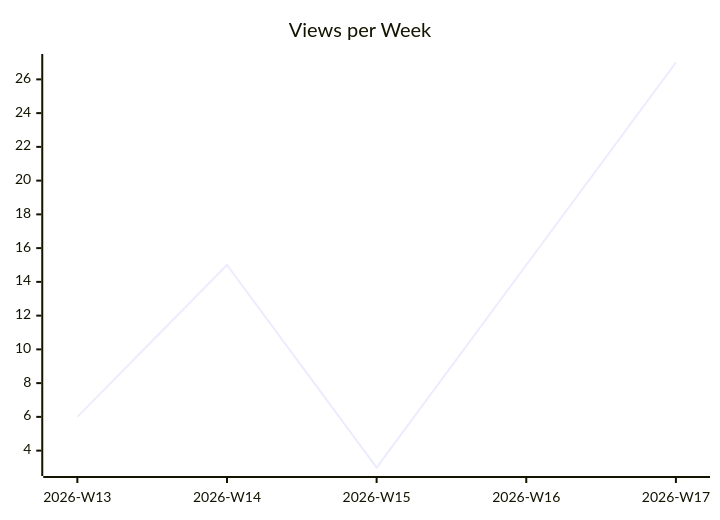
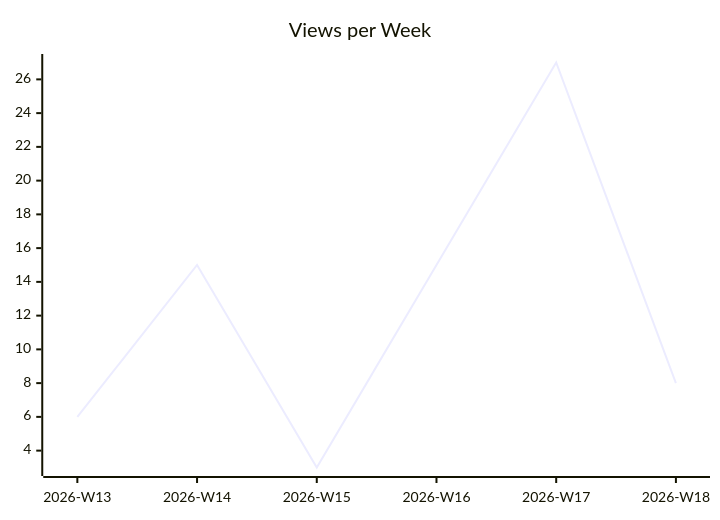
Before and after one commit to justdavis-family/github-analytics-data: the second of 3 diagrams in karlmdavis/ksoap2-android/README.md, drawn with Mermaid. The commit also changed other lines of this file and 184 other files, not shown here.

````diff
--- a/karlmdavis/ksoap2-android/README.md
+++ b/karlmdavis/ksoap2-android/README.md
@@ -12,6 +12,6 @@
 ```mermaid
 xychart-beta
   title "Views per Week"
-  x-axis ["2026-W13", "2026-W14", "2026-W15", "2026-W16", "2026-W17"]
-  line [6, 15, 3, 15, 27]
+  x-axis ["2026-W13", "2026-W14", "2026-W15", "2026-W16", "2026-W17", "2026-W18"]
+  line [6, 15, 3, 15, 27, 8]
 ```
````
